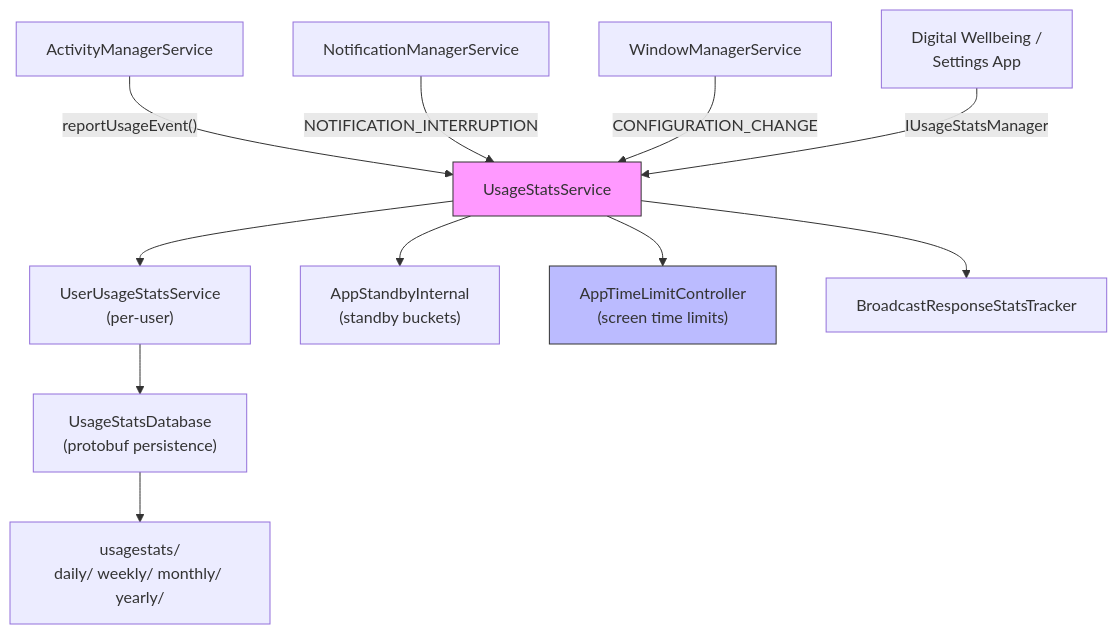
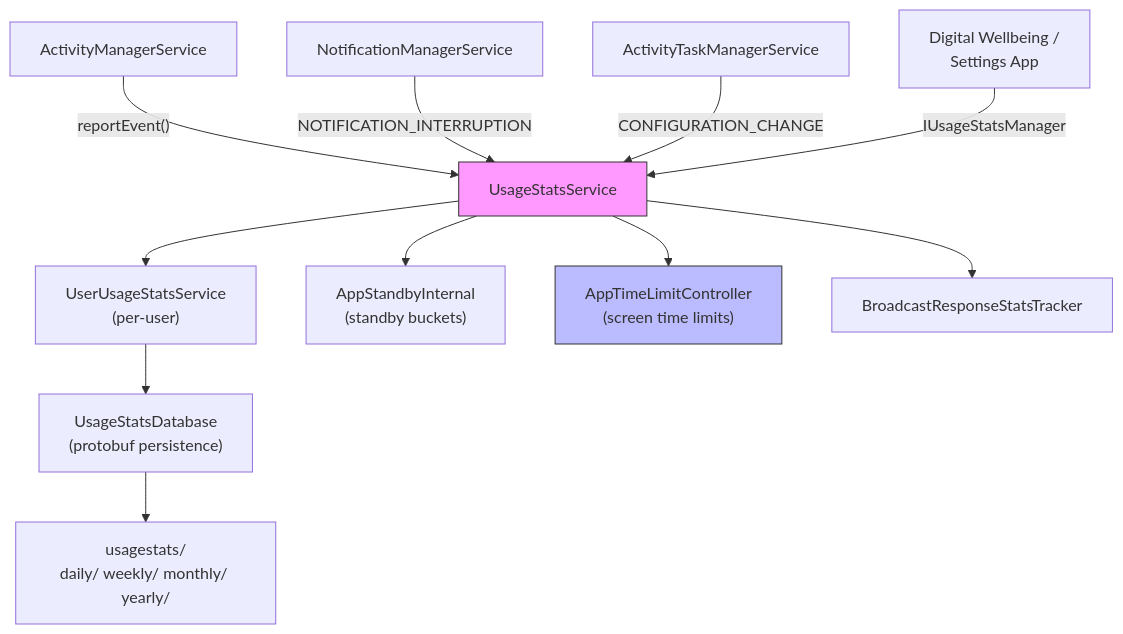
Before and after one commit to aospbooks/aosp-internal-book: diagram 24 of 28 in agents/claude/skills/aosp-framework-services/29-power-management.md, drawn with Mermaid. The commit also changed other lines of this file and 218 other files, not shown here.

````diff
--- a/agents/claude/skills/aosp-framework-services/29-power-management.md
+++ b/agents/claude/skills/aosp-framework-services/29-power-management.md
@@ -3467,19 +3519,19 @@
 ```mermaid
 graph TD
-    AMS["ActivityManagerService"] -->|"reportUsageEvent()"| USS["UsageStatsService"]
+    AMS["ActivityManagerService"] -->|"reportEvent()"| USS["UsageStatsService"]
     NMS["NotificationManagerService"] -->|"NOTIFICATION_INTERRUPTION"| USS
-    WMS["WindowManagerService"] -->|"CONFIGURATION_CHANGE"| USS
+    ATMS["ActivityTaskManagerService"] -->|"CONFIGURATION_CHANGE"| USS
 
     USS --> UUSS["UserUsageStatsService<br/>(per-user)"]
     USS --> ASI["AppStandbyInternal<br/>(standby buckets)"]
     USS --> ATLC["AppTimeLimitController<br/>(screen time limits)"]
     USS --> BRST["BroadcastResponseStatsTracker"]
 
     UUSS --> USDB["UsageStatsDatabase<br/>(protobuf persistence)"]
     USDB --> Disk["usagestats/<br/>daily/ weekly/ monthly/ yearly/"]
 
     Apps["Digital Wellbeing /<br/>Settings App"] -->|"IUsageStatsManager"| USS
 
     style USS fill:#f9f,stroke:#333
     style ATLC fill:#bbf,stroke:#333
 ```
````
